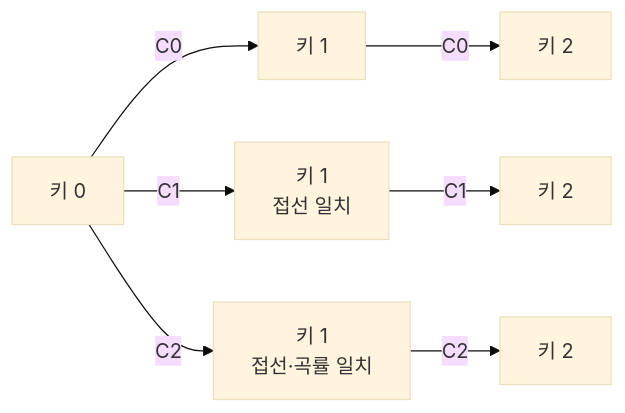
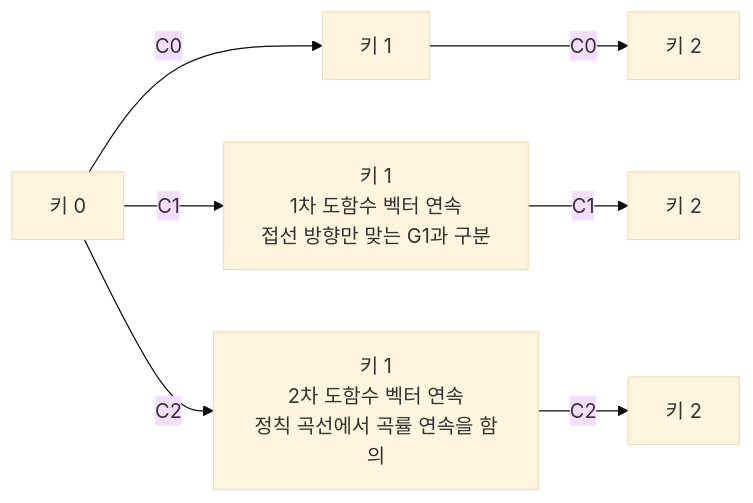
Before and after one commit to Rein-ArXiv/game-dev-curriculum: the first of 3 diagrams in math/part07_interpolation.md, drawn with Mermaid (base theme). The commit also changed other lines of this file and 279 other files, not shown here.

````diff
--- a/math/part07_interpolation.md
+++ b/math/part07_interpolation.md
@@ -56,11 +60,11 @@
 ```mermaid
 flowchart LR
     K0[키 0] -->|C0| K1[키 1]
     K1 -->|C0| K2[키 2]
 
-    K0 -->|C1| K1b[키 1<br/>접선 일치]
+    K0 -->|C1| K1b[키 1<br/>1차 도함수 벡터 연속<br/>접선 방향만 맞는 G1과 구분]
     K1b -->|C1| K2b[키 2]
 
-    K0 -->|C2| K1c[키 1<br/>접선·곡률 일치]
+    K0 -->|C2| K1c[키 1<br/>2차 도함수 벡터 연속<br/>정칙 곡선에서 곡률 연속을 함의]
     K1c -->|C2| K2c[키 2]
 ```
````
